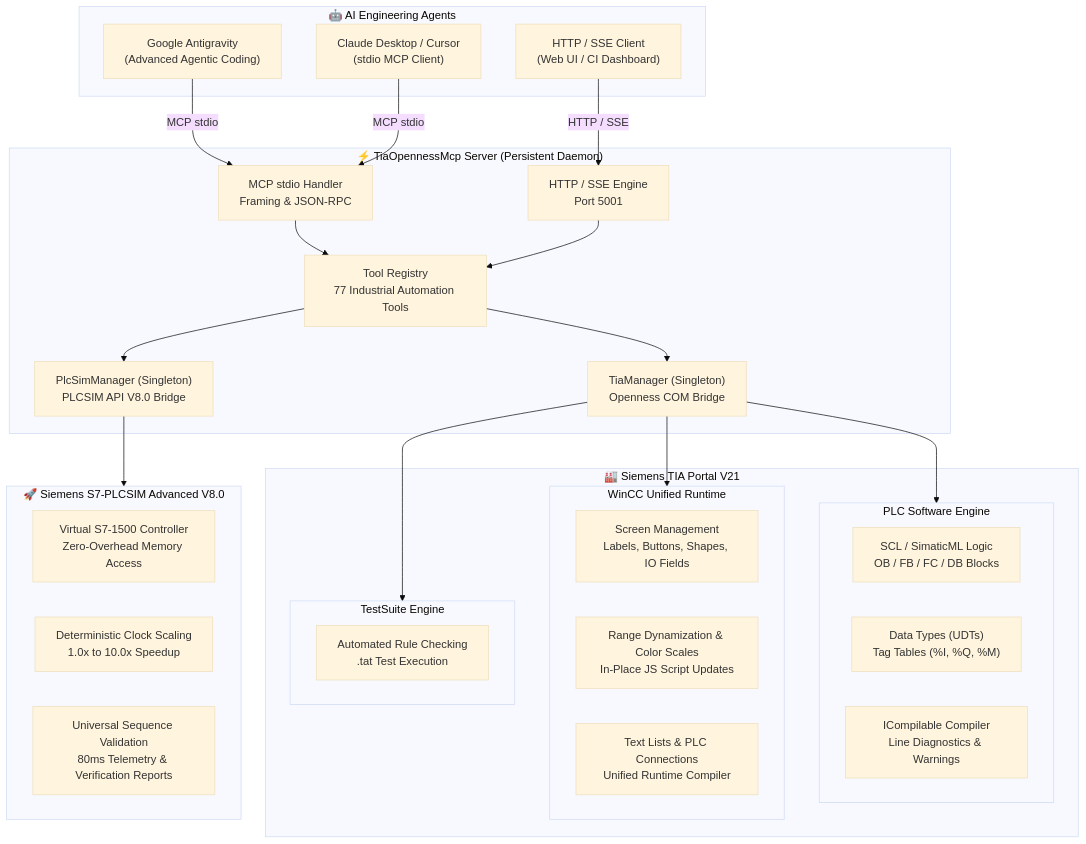
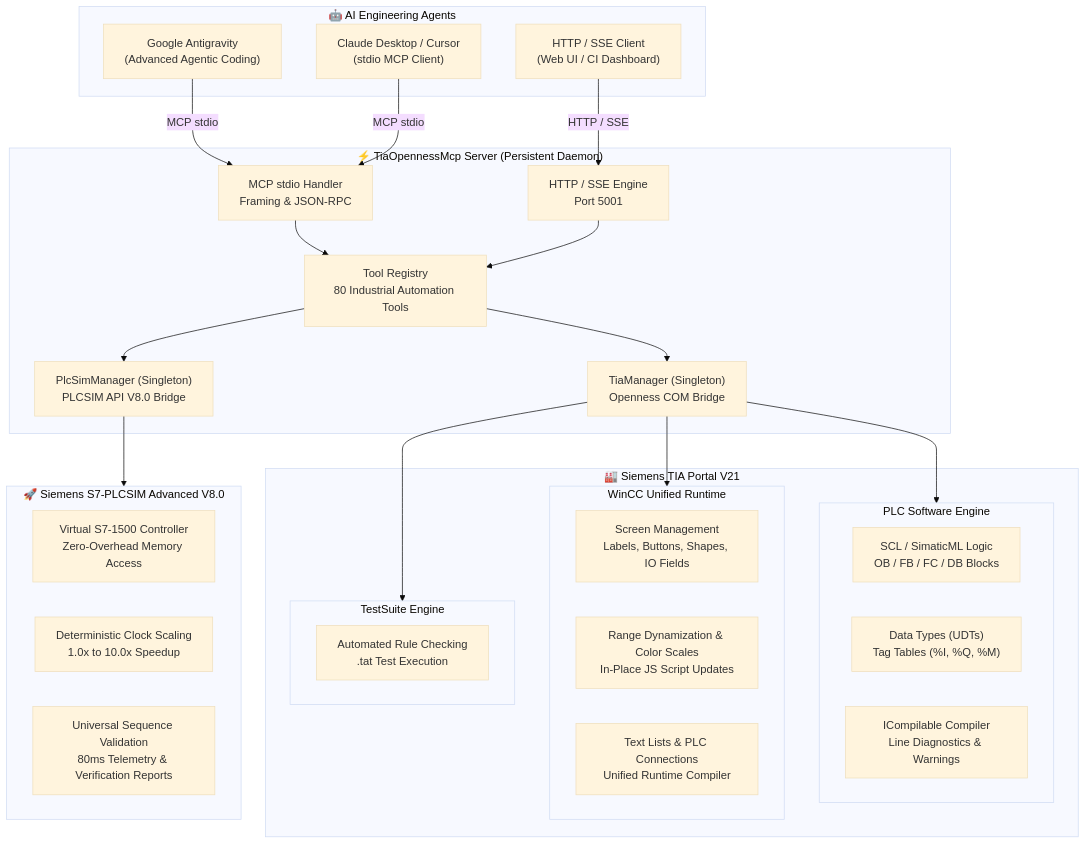
The first of 7 diagrams in README.md (ie-kil/TIA-MCP-Server), drawn with Mermaid (base theme) before and after one commit. The commit also changed other lines of this file and 11 other files, not shown here.

````diff
--- a/README.md
+++ b/README.md
@@ -61,50 +61,50 @@
 ```mermaid
 flowchart TD
     subgraph AGENTS["🤖 AI Engineering Agents"]
         AgentAntigravity["Google Antigravity<br/>(Advanced Agentic Coding)"]
         AgentClaude["Claude Desktop / Cursor<br/>(stdio MCP Client)"]
         AgentCustom["HTTP / SSE Client<br/>(Web UI / CI Dashboard)"]
     end
 
     subgraph SERVER["⚡ TiaOpennessMcp Server (Persistent Daemon)"]
         TransportStdio["MCP stdio Handler<br/>Framing & JSON-RPC"]
         TransportHttp["HTTP / SSE Engine<br/>Port 5001"]
-        ToolRegistry["Tool Registry<br/>77 Industrial Automation Tools"]
+        ToolRegistry["Tool Registry<br/>80 Industrial Automation Tools"]
         TiaMgr["TiaManager (Singleton)<br/>Openness COM Bridge"]
         PlcSimMgr["PlcSimManager (Singleton)<br/>PLCSIM API V8.0 Bridge"]
     end
 
     subgraph TIA["🏭 Siemens TIA Portal V21"]
         subgraph PLC["PLC Software Engine"]
             PlcLogic["SCL / SimaticML Logic<br/>OB / FB / FC / DB Blocks"]
             PlcTypes["Data Types (UDTs)<br/>Tag Tables (%I, %Q, %M)"]
             PlcCompile["ICompilable Compiler<br/>Line Diagnostics & Warnings"]
         end
         subgraph HMI["WinCC Unified Runtime"]
             HmiScreens["Screen Management<br/>Labels, Buttons, Shapes, IO Fields"]
             HmiDynamization["Range Dynamization & Color Scales<br/>In-Place JS Script Updates"]
             HmiComm["Text Lists & PLC Connections<br/>Unified Runtime Compiler"]
         end
         subgraph TEST["TestSuite Engine"]
             TestSuite["Automated Rule Checking<br/>.tat Test Execution"]
         end
     end
 
     subgraph SIM["🚀 Siemens S7-PLCSIM Advanced V8.0"]
         SimRuntime["Virtual S7-1500 Controller<br/>Zero-Overhead Memory Access"]
         SimScale["Deterministic Clock Scaling<br/>1.0x to 10.0x Speedup"]
         SimSeq["Universal Sequence Validation<br/>80ms Telemetry & Verification Reports"]
     end
 
     AgentAntigravity -->|MCP stdio| TransportStdio
     AgentClaude -->|MCP stdio| TransportStdio
     AgentCustom -->|HTTP / SSE| TransportHttp
     TransportStdio --> ToolRegistry
     TransportHttp --> ToolRegistry
     ToolRegistry --> TiaMgr
     ToolRegistry --> PlcSimMgr
     TiaMgr --> PLC
     TiaMgr --> HMI
     TiaMgr --> TEST
     PlcSimMgr --> SIM
 ```
````
